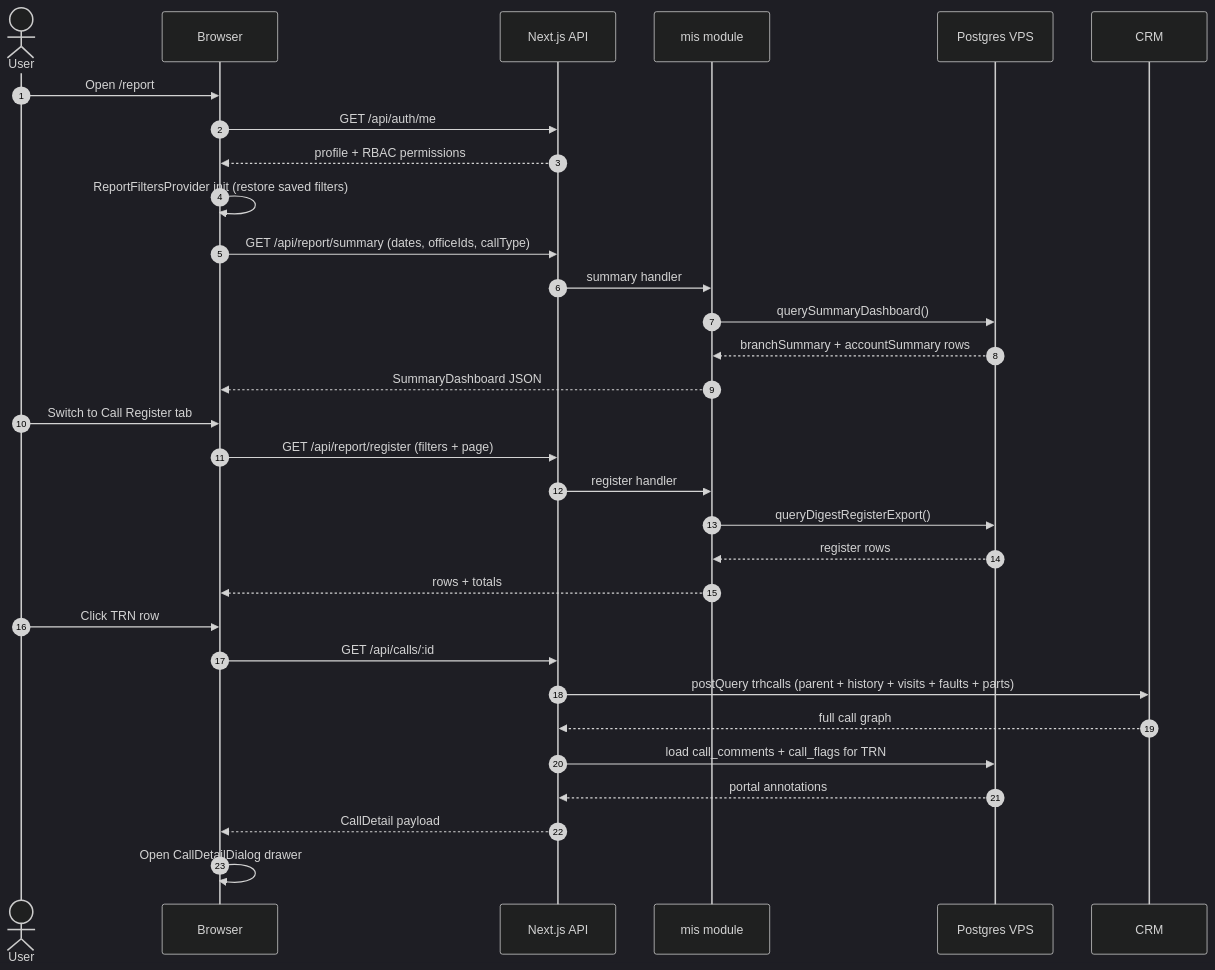
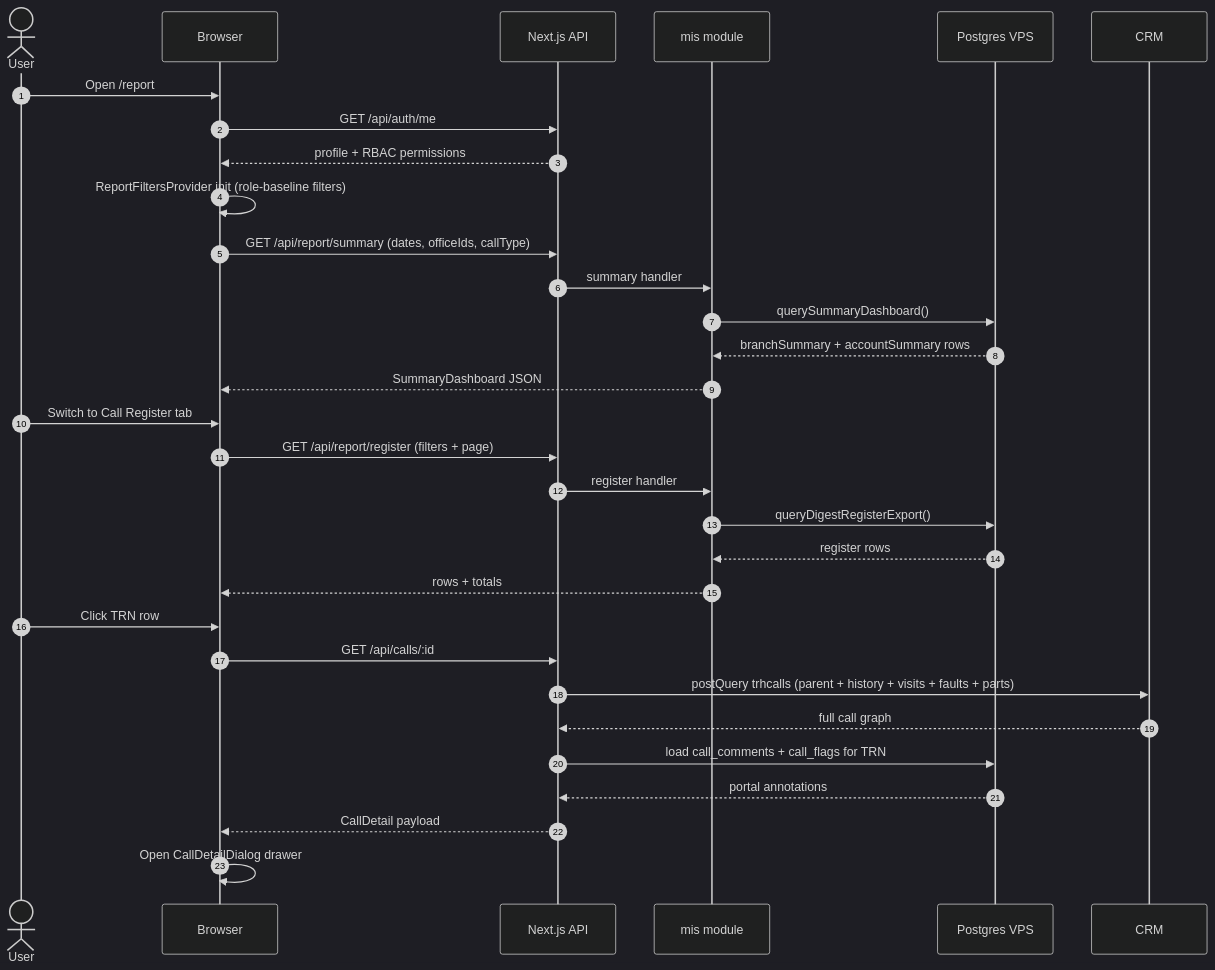
Before and after one commit to Vishun-Projects/wrl-dashboard: the third of 20 diagrams in docs/ARCHITECTURE.md, drawn with Mermaid (dark theme). The commit also changed other lines of this file and 137 other files, not shown here.

````diff
--- a/docs/ARCHITECTURE.md
+++ b/docs/ARCHITECTURE.md
@@ -200,37 +249,37 @@
 ```mermaid
 sequenceDiagram
     autonumber
     actor User
     participant Browser
     participant NextJS as Next.js API
     participant MISMod as mis module
     participant Postgres as Postgres VPS
     participant CRM
 
     User->>Browser: Open /report
     Browser->>NextJS: GET /api/auth/me
     NextJS-->>Browser: profile + RBAC permissions
-    Browser->>Browser: ReportFiltersProvider init (restore saved filters)
+    Browser->>Browser: ReportFiltersProvider init (role-baseline filters)
 
     Browser->>NextJS: GET /api/report/summary (dates, officeIds, callType)
     NextJS->>MISMod: summary handler
     MISMod->>Postgres: querySummaryDashboard()
     Postgres-->>MISMod: branchSummary + accountSummary rows
     MISMod-->>Browser: SummaryDashboard JSON
 
     User->>Browser: Switch to Call Register tab
     Browser->>NextJS: GET /api/report/register (filters + page)
     NextJS->>MISMod: register handler
     MISMod->>Postgres: queryDigestRegisterExport()
     Postgres-->>MISMod: register rows
     MISMod-->>Browser: rows + totals
 
     User->>Browser: Click TRN row
     Browser->>NextJS: GET /api/calls/:id
     NextJS->>CRM: postQuery trhcalls (parent + history + visits + faults + parts)
     CRM-->>NextJS: full call graph
     NextJS->>Postgres: load call_comments + call_flags for TRN
     Postgres-->>NextJS: portal annotations
     NextJS-->>Browser: CallDetail payload
     Browser->>Browser: Open CallDetailDialog drawer
 ```
````
